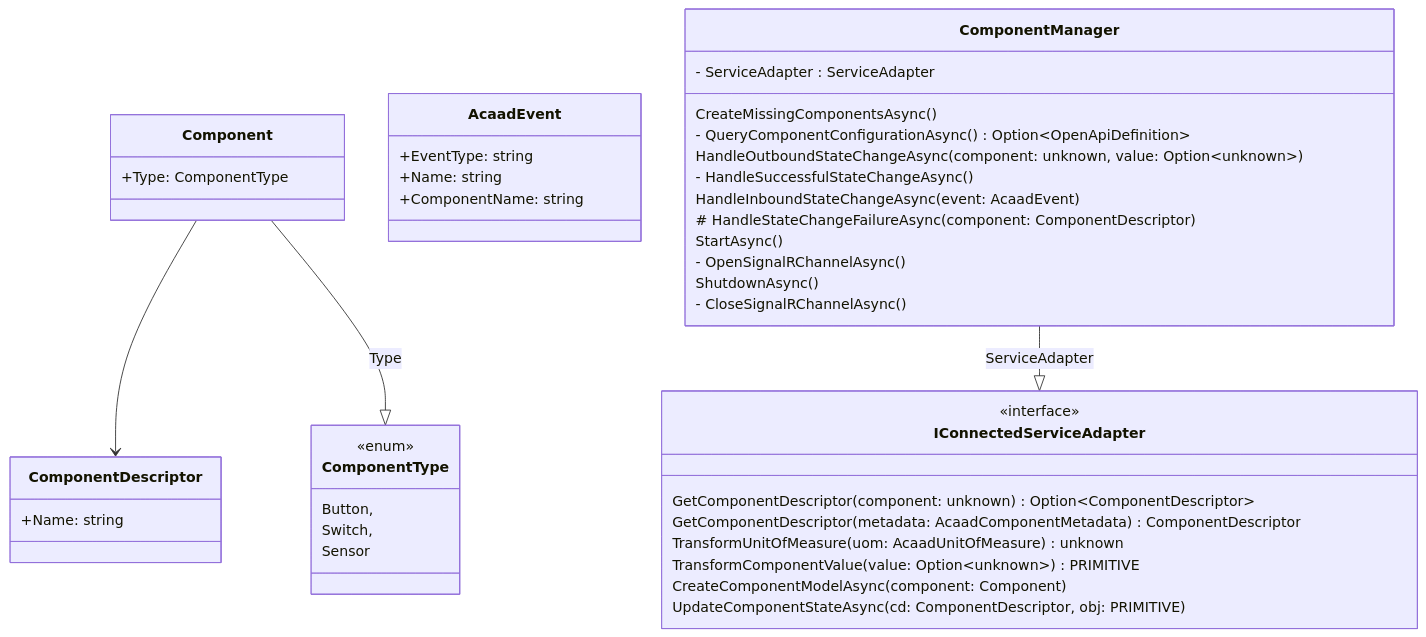
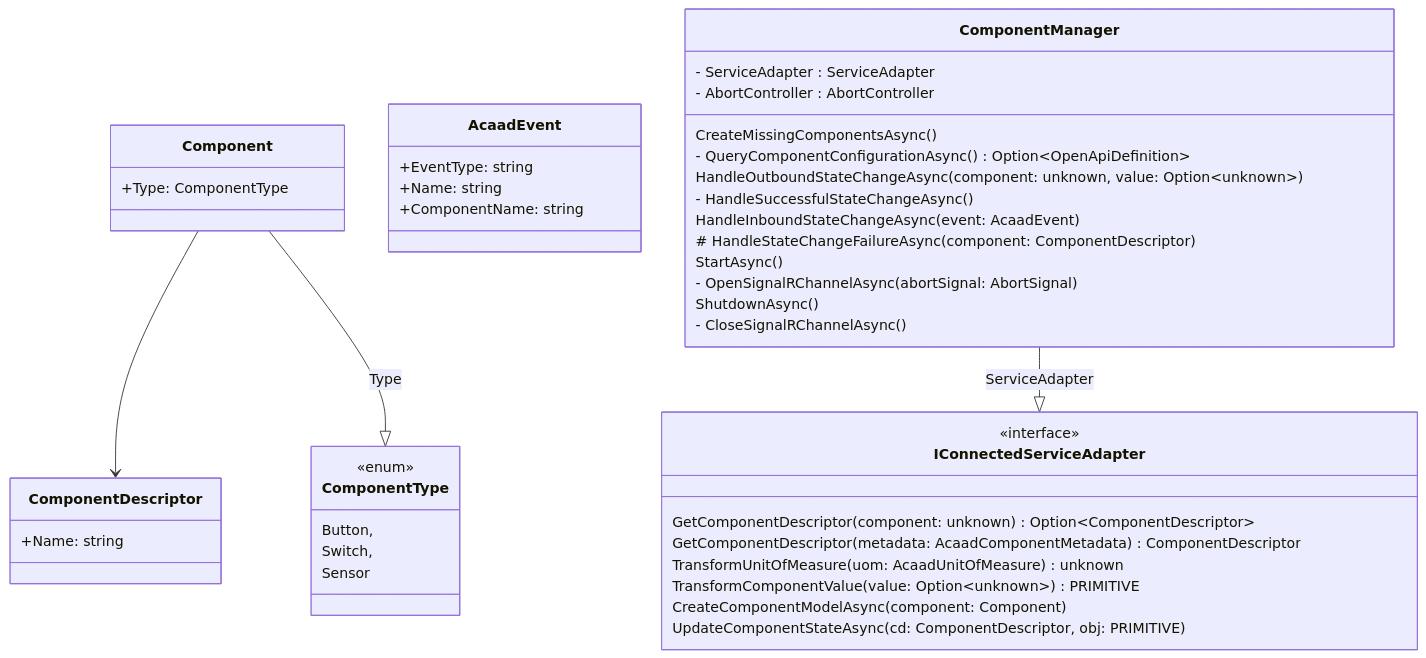
The second of 3 diagrams in Documentation/Development/README.md (OlliMartin/wndw.ctl.typescript), drawn with Mermaid before and after one commit. The commit also changed other lines of this file, not shown here.

````diff
--- a/Documentation/Development/README.md
+++ b/Documentation/Development/README.md
@@ -302,63 +302,64 @@
 ``` mermaid
 classDiagram
 
 class ComponentDescriptor {
   +Name: string
 }
 
 class ComponentType {
   <<enum>>
   Button,
   Switch, 
   Sensor
 }
 
 class Component {
   +Type: ComponentType
 }
 
 Component --> ComponentDescriptor
 Component --|> ComponentType : Type
 
 class AcaadEvent {
   +EventType: string
   +Name: string
   +ComponentName: string
 }
 
 class IConnectedServiceAdapter {
   <<interface>>
   
   GetComponentDescriptor(component: unknown) Option~ComponentDescriptor~
   GetComponentDescriptor(metadata: AcaadComponentMetadata) ComponentDescriptor
   
   TransformUnitOfMeasure(uom: AcaadUnitOfMeasure) unknown
   TransformComponentValue(value: Option~unknown~) PRIMITIVE
   
   CreateComponentModelAsync(component: Component)
   
   UpdateComponentStateAsync(cd: ComponentDescriptor, obj: PRIMITIVE)
 }
 
 class ComponentManager {
   - ServiceAdapter : ServiceAdapter
+  - AbortController : AbortController
 
   CreateMissingComponentsAsync()
   - QueryComponentConfigurationAsync() Option~OpenApiDefinition~
   
   HandleOutboundStateChangeAsync(component: unknown, value: Option~unknown~)
   - HandleSuccessfulStateChangeAsync()
     
   HandleInboundStateChangeAsync(event: AcaadEvent)
   
   # HandleStateChangeFailureAsync(component: ComponentDescriptor)
   
   StartAsync()
-  - OpenSignalRChannelAsync()
+  - OpenSignalRChannelAsync(abortSignal: AbortSignal)
   
   ShutdownAsync()
   - CloseSignalRChannelAsync()
 }
 
 ComponentManager --|> IConnectedServiceAdapter : ServiceAdapter
 ```
````
